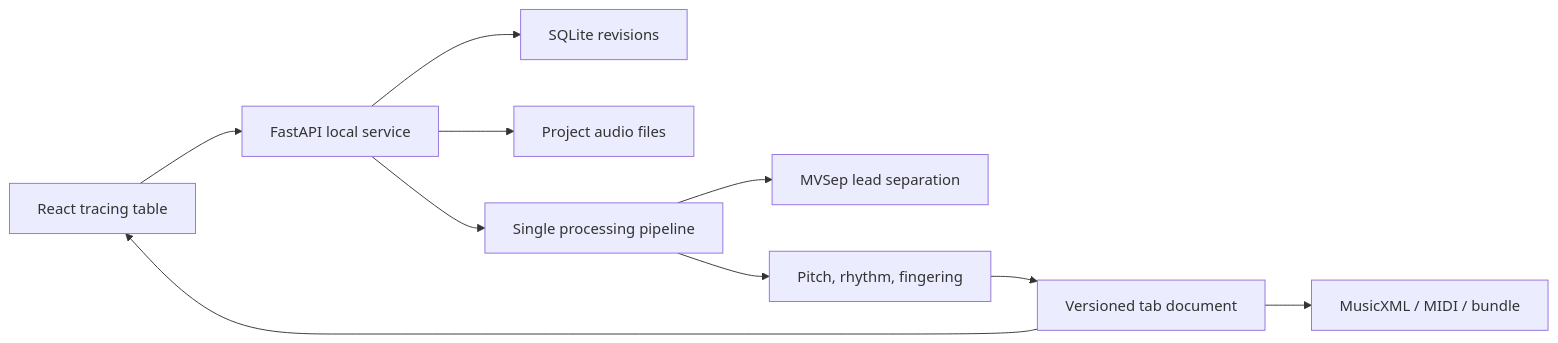
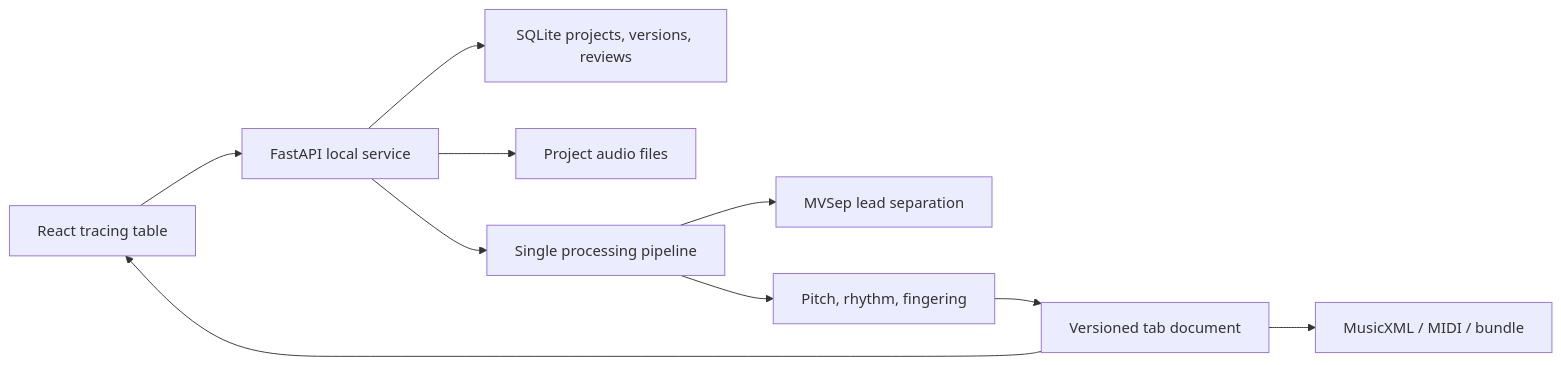
Before and after one commit to EzraCerpac/solotrace: the diagram in README.md, drawn with Mermaid. The commit also changed other lines of this file and 22 other files, not shown here.

````diff
--- a/README.md
+++ b/README.md
@@ -36,12 +39,12 @@
 ```mermaid
 flowchart LR
   UI["React tracing table"] --> API["FastAPI local service"]
-  API --> DB["SQLite revisions"]
+  API --> DB["SQLite projects, versions, reviews"]
   API --> MEDIA["Project audio files"]
   API --> PIPE["Single processing pipeline"]
   PIPE --> SEP["MVSep lead separation"]
   PIPE --> NOTES["Pitch, rhythm, fingering"]
   NOTES --> DOC["Versioned tab document"]
   DOC --> UI
   DOC --> OUT["MusicXML / MIDI / bundle"]
 ```
````
